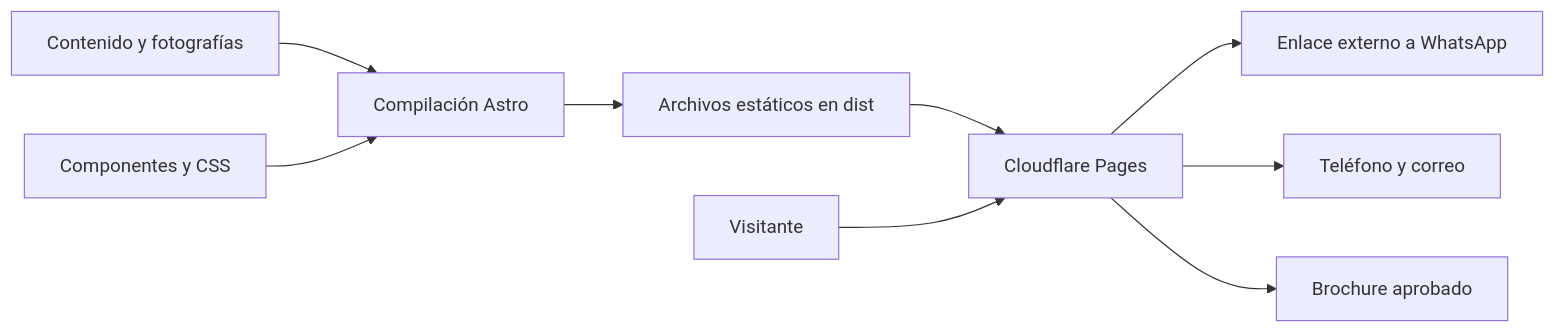
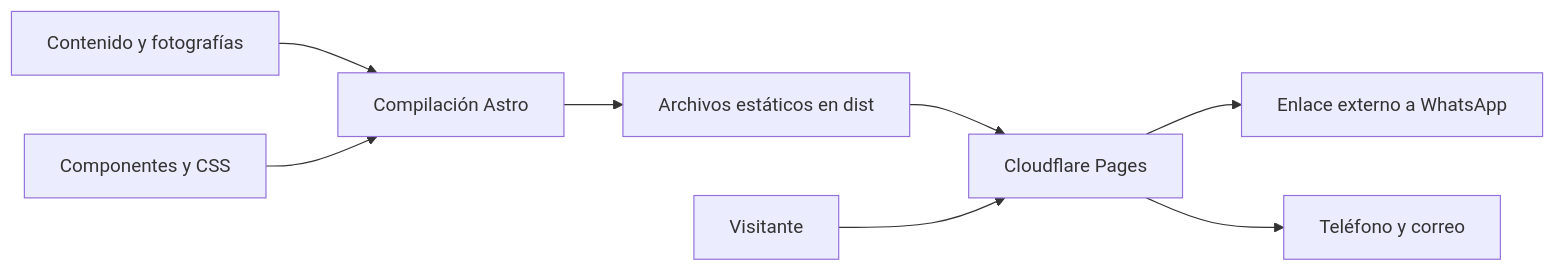
Before and after one commit to Dan1elMon/CONSUC: the diagram in docs/arquitectura.md, drawn with Mermaid. The commit also changed other lines of this file and 5 other files, not shown here.

````diff
--- a/docs/arquitectura.md
+++ b/docs/arquitectura.md
@@ -33,11 +33,10 @@
 ```mermaid
 flowchart LR
   Datos[Contenido y fotografías] --> Build[Compilación Astro]
   Componentes[Componentes y CSS] --> Build
   Build --> HTML[Archivos estáticos en dist]
   HTML --> Pages[Cloudflare Pages]
   Visitante[Visitante] --> Pages
   Pages --> WhatsApp[Enlace externo a WhatsApp]
   Pages --> Contacto[Teléfono y correo]
-  Pages --> PDF[Brochure aprobado]
 ```
````
